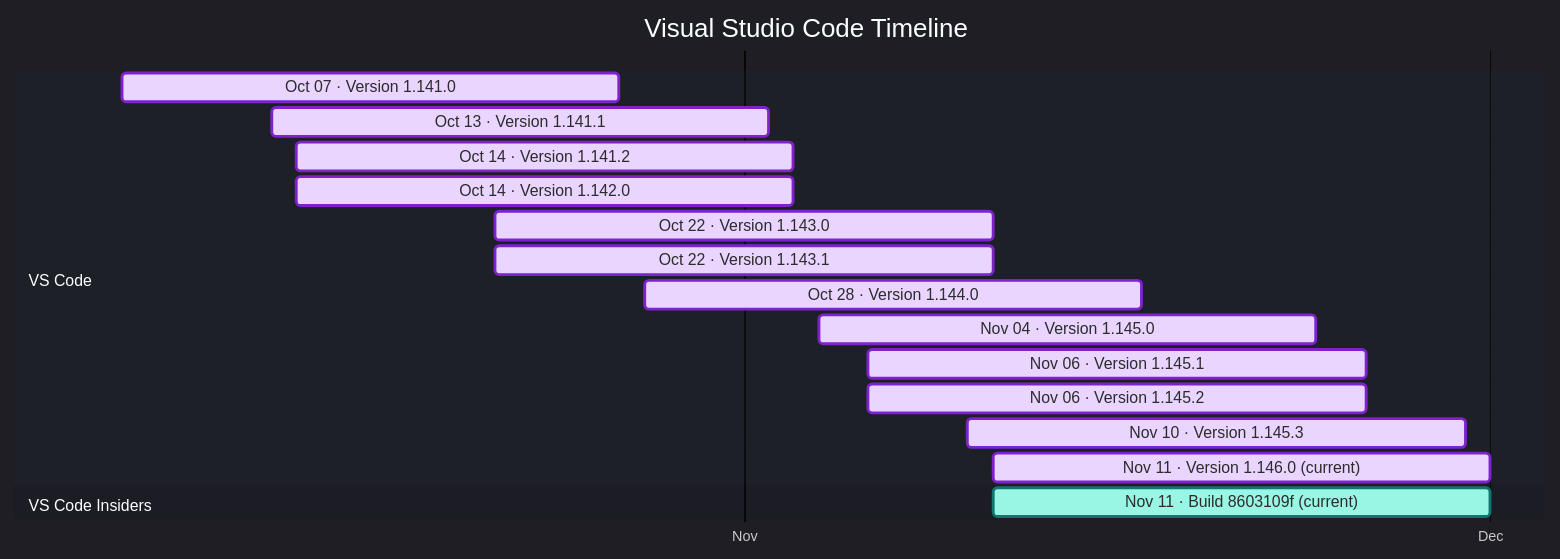
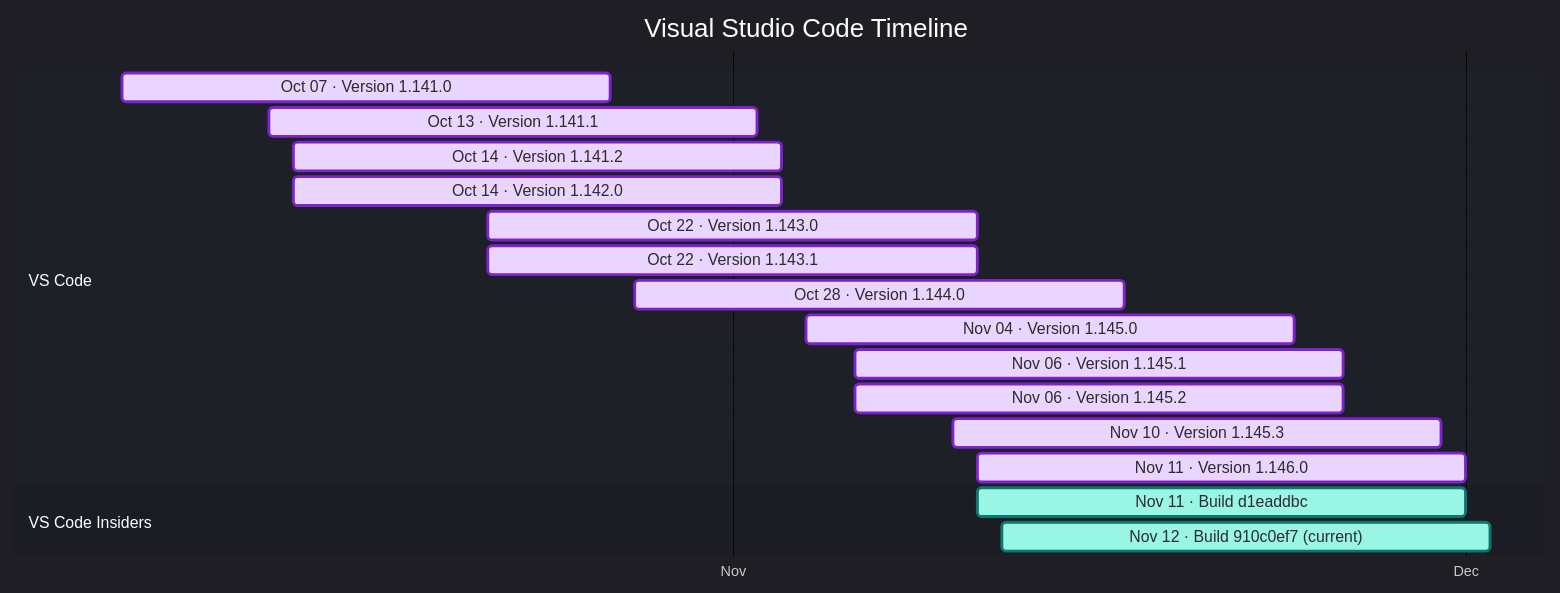
The diagram in docs/vscode.md (Oxelya-DevTools/VisualStudioUpdate), drawn with Mermaid before and after one commit. The commit also changed other lines of this file and 3 other files, not shown here.

````diff
--- a/docs/vscode.md
+++ b/docs/vscode.md
@@ -9,23 +9,24 @@
 ```mermaid
 %%{init: {'theme':'dark','themeVariables': { 'fontFamily': 'Segoe UI', 'fontSize': '24px', 'textColor': '#F3F4F6', 'titleTextColor': '#FFFFFF', 'taskTextColor': '#111827', 'taskTextLightColor': '#111827', 'taskTextOutsideColor': '#F3F4F6', 'taskBkgColor': '#BAE6FD', 'taskBorderColor': '#0369A1', 'doneTaskBkgColor': '#E9D5FF', 'doneTaskBorderColor': '#7E22CE', 'activeTaskBkgColor': '#99F6E4', 'activeTaskBorderColor': '#0F766E', 'critTaskBkgColor': '#FED7AA', 'critTaskBorderColor': '#C2410C', 'sectionBkgColor': '#1F2937', 'altSectionBkgColor': '#111827', 'gridColor': '#4B5563', 'todayLineColor': '#F87171' }}}%%
 gantt
     title Visual Studio Code Timeline
     dateFormat  YYYY-MM-DD
     axisFormat  %b
     tickInterval 1month
     section VS Code
     Oct 07 · Version 1.141.0 : done, vscode202610070, 2026-10-07, 20d
     Oct 13 · Version 1.141.1 : done, vscode202610131, 2026-10-13, 20d
     Oct 14 · Version 1.141.2 : done, vscode202610142, 2026-10-14, 20d
     Oct 14 · Version 1.142.0 : done, vscode202610143, 2026-10-14, 20d
     Oct 22 · Version 1.143.0 : done, vscode202610224, 2026-10-22, 20d
     Oct 22 · Version 1.143.1 : done, vscode202610225, 2026-10-22, 20d
     Oct 28 · Version 1.144.0 : done, vscode202610286, 2026-10-28, 20d
     Nov 04 · Version 1.145.0 : done, vscode202611047, 2026-11-04, 20d
     Nov 06 · Version 1.145.1 : done, vscode202611068, 2026-11-06, 20d
     Nov 06 · Version 1.145.2 : done, vscode202611069, 2026-11-06, 20d
     Nov 10 · Version 1.145.3 : done, vscode2026111010, 2026-11-10, 20d
-    Nov 11 · Version 1.146.0 (current) : done, vscode2026111111, 2026-11-11, 20d
+    Nov 11 · Version 1.146.0 : done, vscode2026111111, 2026-11-11, 20d
     section VS Code Insiders
-    Nov 11 · Build 8603109f (current) : active, vscodeinsiders202611110, 2026-11-11, 20d
+    Nov 11 · Build d1eaddbc : active, vscodeinsiders202611110, 2026-11-11, 20d
+    Nov 12 · Build 910c0ef7 (current) : active, vscodeinsiders202611121, 2026-11-12, 20d
 ```
````
